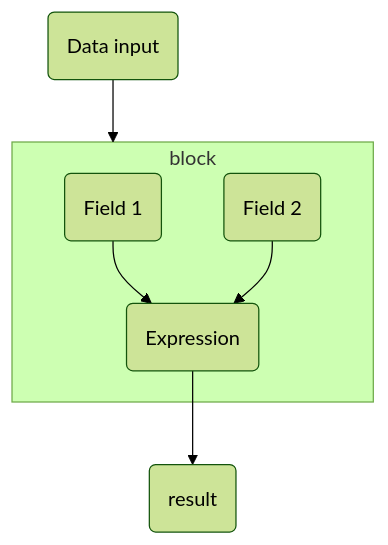
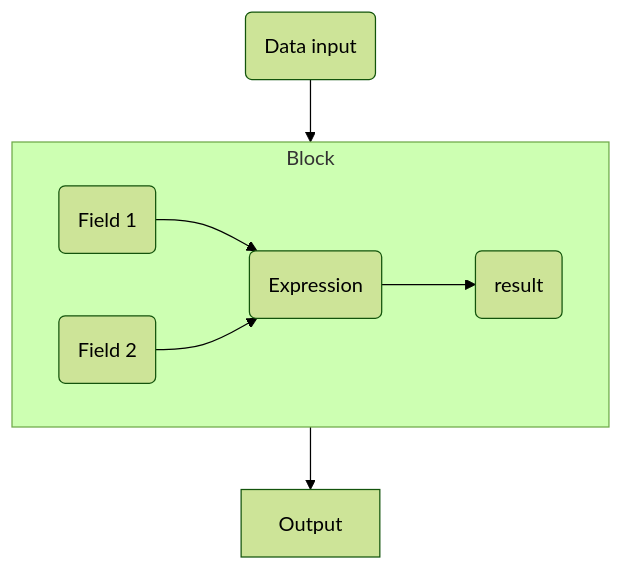
Before and after one commit to BristolMyersSquibb/useR2024: the second of 6 diagrams in index.qmd, drawn with Mermaid (forest theme). The commit also changed other lines of this file and 2 other files, not shown here.

````diff
--- a/index.qmd
+++ b/index.qmd
@@ -171,15 +199,16 @@
 ```{mermaid}
 %%| mermaid-format: svg
 flowchart TD
-  data_in(Data input)
-  result(result)
-  subgraph block
-    field1(Field 1)
-    field2(Field 2)
-    field1 --> expr
-    field2 --> expr
-    expr(Expression)
+  blk_data_in(Data input)
+  blk_data_out[Output]
+  subgraph blk_block[Block]
+    blk_field1(Field 1)
+    blk_field2(Field 2)
+    blk_field1 --> blk_expr
+    blk_field2 --> blk_expr
+    blk_expr(Expression)
+    blk_res(result)
+    blk_expr --> blk_res
   end
-  expr --> result
-  data_in --> block
+  blk_data_in --> blk_block --> blk_data_out
 ```
````
